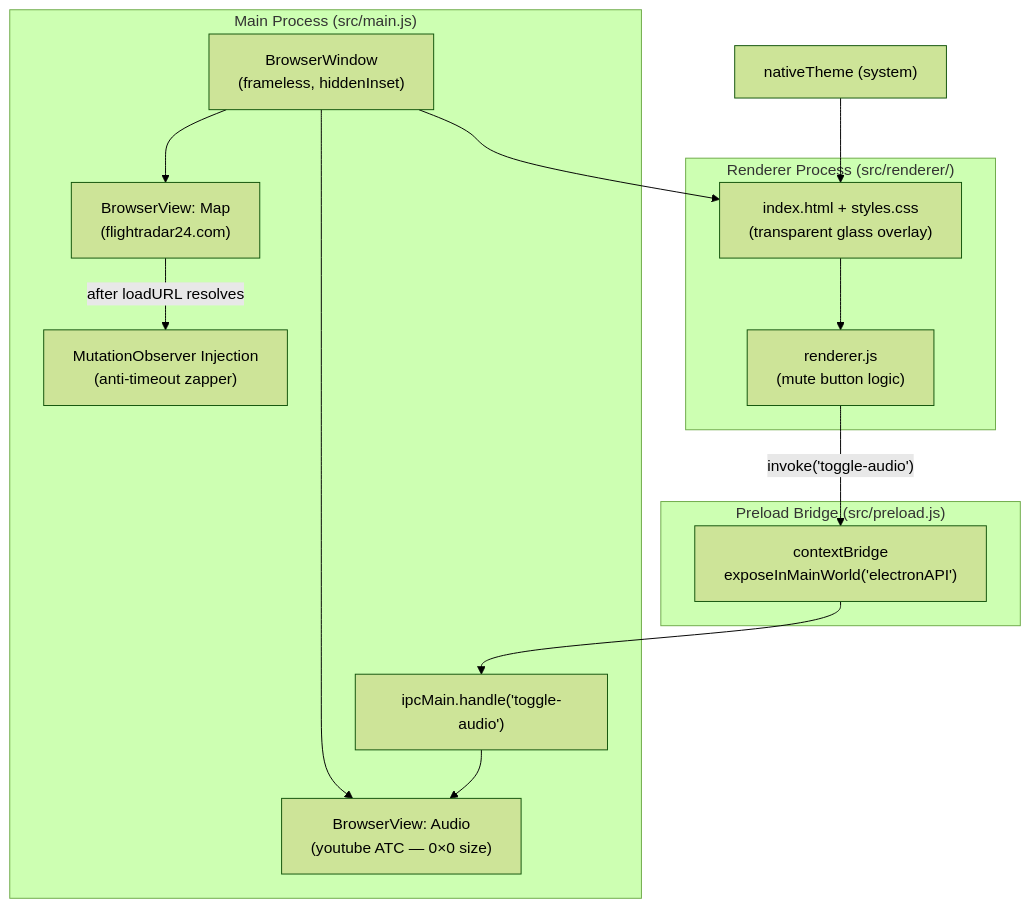
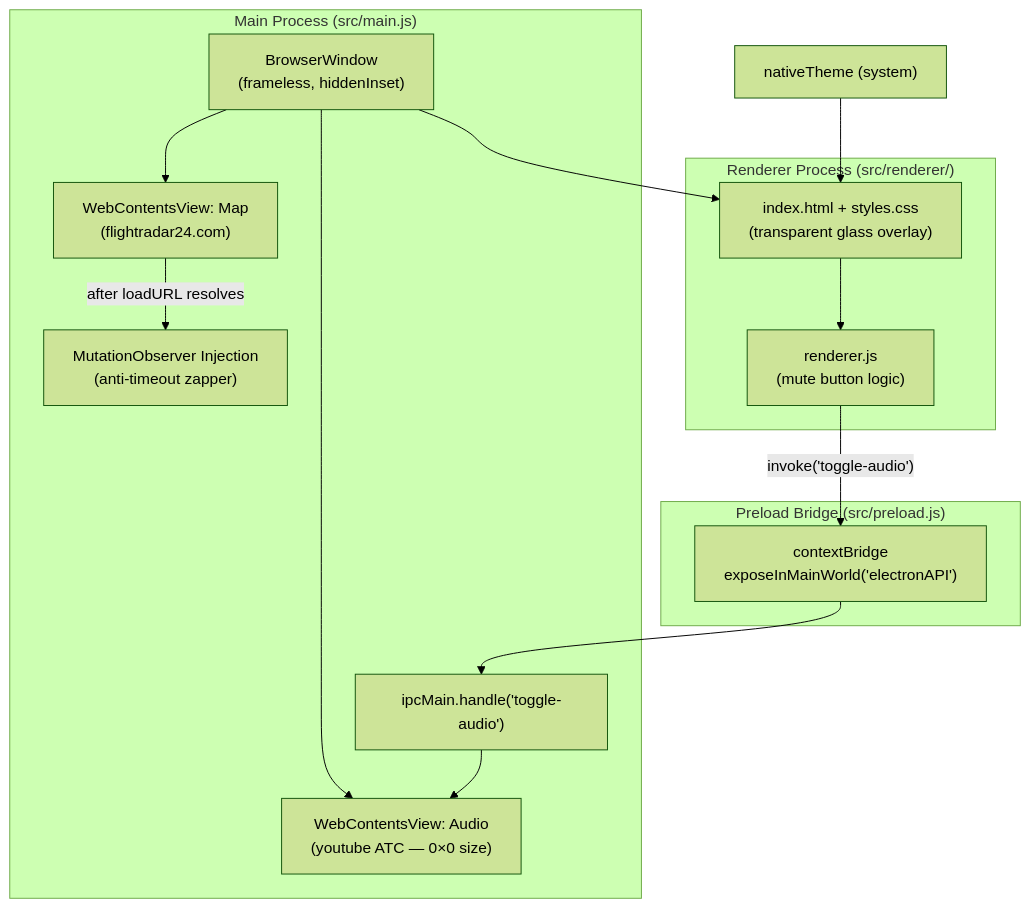
Before and after one commit to reiserwang/flight_controltower: the diagram in README.md, drawn with Mermaid (forest theme). The commit also changed other lines of this file and 9 other files, not shown here.

First line of the commit message:
fix: migrate to WebContentsView, reliable autoplay, real test wiring

````diff
--- a/README.md
+++ b/README.md
@@ -14,29 +14,29 @@
 ```mermaid
 graph TD
     subgraph Electron Main Process ["Main Process (src/main.js)"]
         BW["BrowserWindow\n(frameless, hiddenInset)"]
-        BV_MAP["BrowserView: Map\n(flightradar24.com)"]
-        BV_AUD["BrowserView: Audio\n(youtube ATC — 0×0 size)"]
+        BV_MAP["WebContentsView: Map\n(flightradar24.com)"]
+        BV_AUD["WebContentsView: Audio\n(youtube ATC — 0×0 size)"]
         IPC["ipcMain.handle('toggle-audio')"]
         OBS["MutationObserver Injection\n(anti-timeout zapper)"]
     end
 
     subgraph Renderer ["Renderer Process (src/renderer/)"]
         UI["index.html + styles.css\n(transparent glass overlay)"]
         RJS["renderer.js\n(mute button logic)"]
     end
 
     subgraph Preload ["Preload Bridge (src/preload.js)"]
         CB["contextBridge\nexposeInMainWorld('electronAPI')"]
     end
 
     BW --> BV_MAP
     BW --> BV_AUD
     BW --> UI
     UI --> RJS
     RJS -- "invoke('toggle-audio')" --> CB
     CB --> IPC
     IPC --> BV_AUD
     BV_MAP -- "after loadURL resolves" --> OBS
     nativeTheme["nativeTheme (system)"] --> UI
 ```
````
